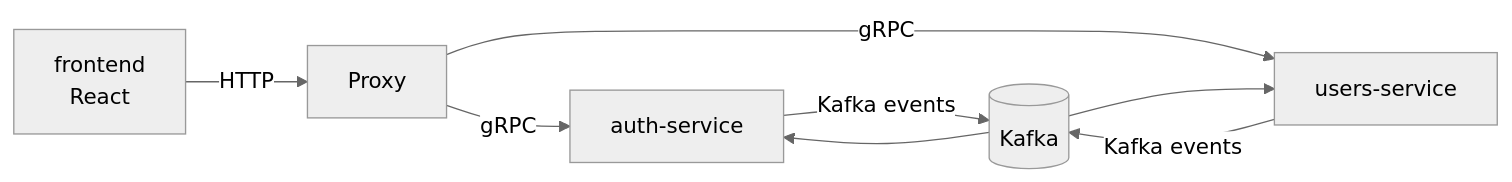
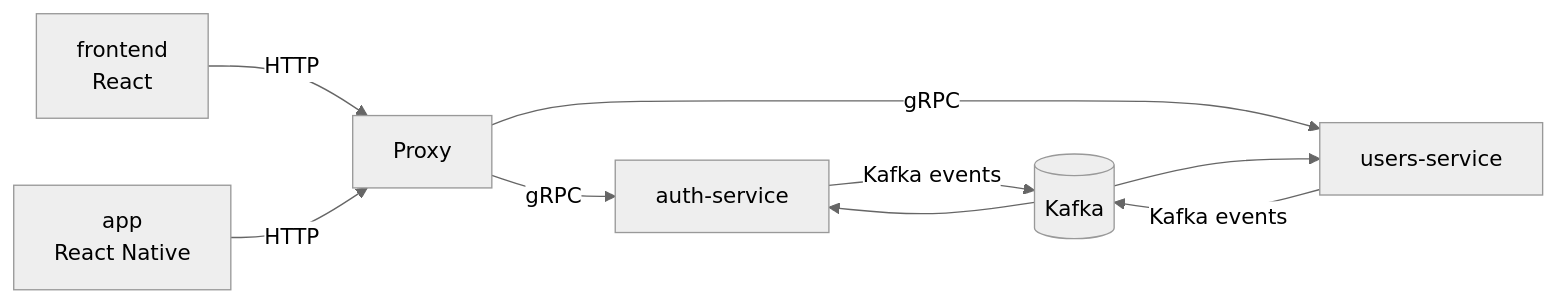
The diagram in ARCHITECTURE.md (Mateja97/roamly), drawn with Mermaid (neutral theme) before and after one commit. The commit also changed other lines of this file and 1 other file, not shown here.

First line of the commit message:
docs(design,architecture): add mobile-specific design notes, app/ to architecture

````diff
--- a/ARCHITECTURE.md
+++ b/ARCHITECTURE.md
@@ -22,10 +23,11 @@
 ```mermaid
 graph LR
     FE[frontend<br/>React] -->|HTTP| Proxy
+    App[app<br/>React Native] -->|HTTP| Proxy
     Proxy -->|gRPC| Auth[auth-service]
     Proxy -->|gRPC| Users[users-service]
     Auth -->|Kafka events| K[(Kafka)]
     Users -->|Kafka events| K
     K --> Users
     K --> Auth
 ```
````
